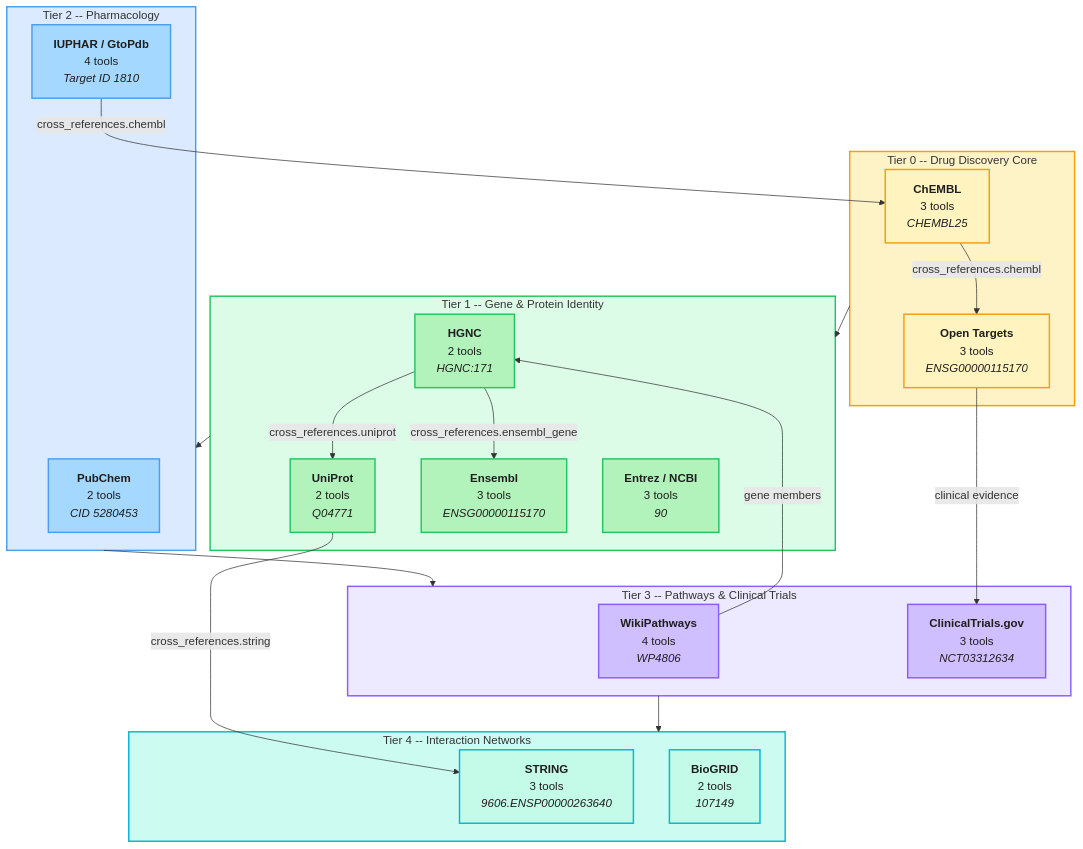
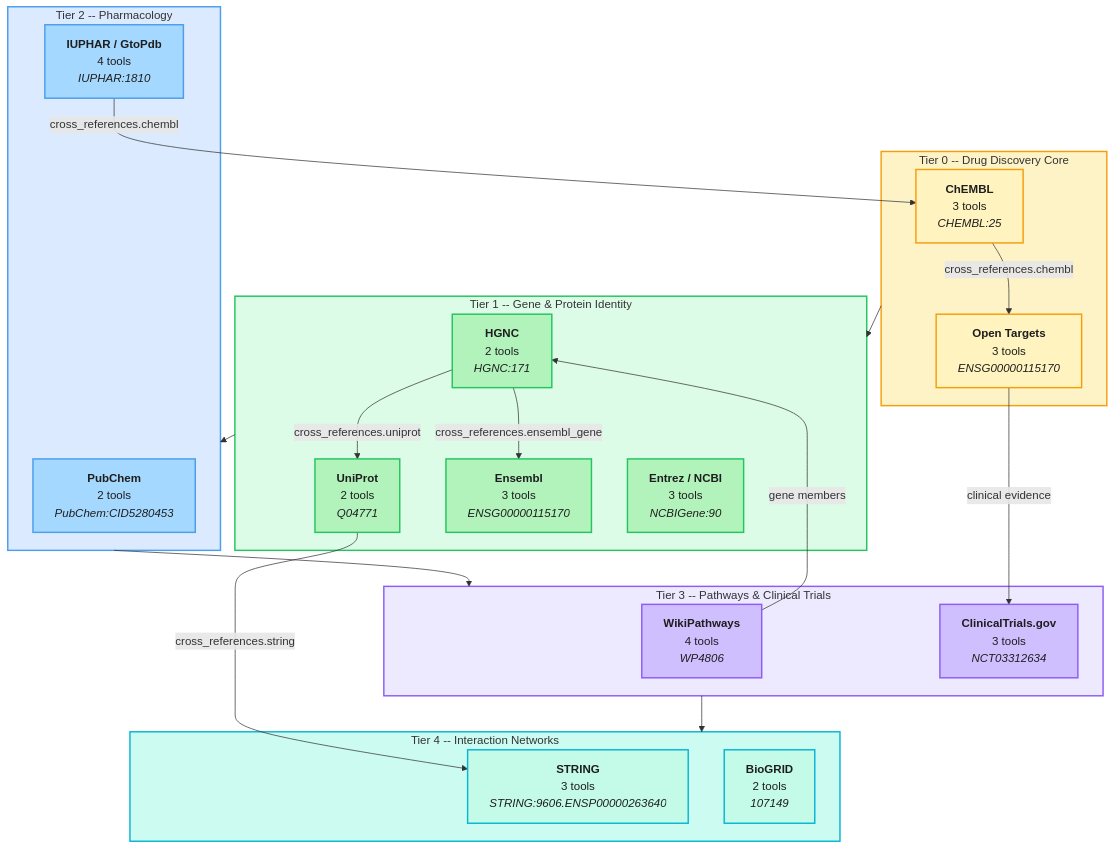
One commit to open-biosciences/biosciences-program changed the diagram in docs/diagrams/mcp-server-tiers.md. Above: the diagram before and after it, drawn with Mermaid. The commit also changed other lines of this file and 9 other files, not shown here.

First line of the commit message:
docs: update diagrams and add 3 new architectural diagrams

````diff
--- a/docs/diagrams/mcp-server-tiers.md
+++ b/docs/diagrams/mcp-server-tiers.md
@@ -8,59 +8,59 @@
 ```mermaid
 flowchart TD
     subgraph T0["Tier 0 -- Drug Discovery Core"]
         style T0 fill:#fef3c7,stroke:#f59e0b,stroke-width:2px
-        ChEMBL["<b>ChEMBL</b><br/>3 tools<br/><i>CHEMBL25</i>"]
+        ChEMBL["<b>ChEMBL</b><br/>3 tools<br/><i>CHEMBL:25</i>"]
         OT["<b>Open Targets</b><br/>3 tools<br/><i>ENSG00000115170</i>"]
     end
 
     subgraph T1["Tier 1 -- Gene & Protein Identity"]
         style T1 fill:#dcfce7,stroke:#22c55e,stroke-width:2px
         HGNC["<b>HGNC</b><br/>2 tools<br/><i>HGNC:171</i>"]
         UniProt["<b>UniProt</b><br/>2 tools<br/><i>Q04771</i>"]
         Ensembl["<b>Ensembl</b><br/>3 tools<br/><i>ENSG00000115170</i>"]
-        Entrez["<b>Entrez / NCBI</b><br/>3 tools<br/><i>90</i>"]
+        Entrez["<b>Entrez / NCBI</b><br/>3 tools<br/><i>NCBIGene:90</i>"]
     end
 
     subgraph T2["Tier 2 -- Pharmacology"]
         style T2 fill:#dbeafe,stroke:#4a9eed,stroke-width:2px
-        PubChem["<b>PubChem</b><br/>2 tools<br/><i>CID 5280453</i>"]
-        IUPHAR["<b>IUPHAR / GtoPdb</b><br/>4 tools<br/><i>Target ID 1810</i>"]
+        PubChem["<b>PubChem</b><br/>2 tools<br/><i>PubChem:CID5280453</i>"]
+        IUPHAR["<b>IUPHAR / GtoPdb</b><br/>4 tools<br/><i>IUPHAR:1810</i>"]
     end
 
     subgraph T3["Tier 3 -- Pathways & Clinical Trials"]
         style T3 fill:#ede9fe,stroke:#8b5cf6,stroke-width:2px
         WikiPW["<b>WikiPathways</b><br/>4 tools<br/><i>WP4806</i>"]
         CT["<b>ClinicalTrials.gov</b><br/>3 tools<br/><i>NCT03312634</i>"]
     end
 
     subgraph T4["Tier 4 -- Interaction Networks"]
         style T4 fill:#ccfbf1,stroke:#06b6d4,stroke-width:2px
-        STRING["<b>STRING</b><br/>3 tools<br/><i>9606.ENSP00000263640</i>"]
+        STRING["<b>STRING</b><br/>3 tools<br/><i>STRING:9606.ENSP00000263640</i>"]
         BioGRID["<b>BioGRID</b><br/>2 tools<br/><i>107149</i>"]
     end
 
     T0 --> T1
     T1 --> T2
     T2 --> T3
     T3 --> T4
 
     HGNC -- "cross_references.uniprot" --> UniProt
     HGNC -- "cross_references.ensembl_gene" --> Ensembl
     UniProt -- "cross_references.string" --> STRING
     ChEMBL -- "cross_references.chembl" --> OT
     OT -- "clinical evidence" --> CT
     WikiPW -- "gene members" --> HGNC
     IUPHAR -- "cross_references.chembl" --> ChEMBL
 
     classDef t0node fill:#fff3bf,stroke:#f59e0b,stroke-width:2px,color:#1e1e1e
     classDef t1node fill:#b2f2bb,stroke:#22c55e,stroke-width:2px,color:#1e1e1e
     classDef t2node fill:#a5d8ff,stroke:#4a9eed,stroke-width:2px,color:#1e1e1e
     classDef t3node fill:#d0bfff,stroke:#8b5cf6,stroke-width:2px,color:#1e1e1e
     classDef t4node fill:#c3fae8,stroke:#06b6d4,stroke-width:2px,color:#1e1e1e
 
     class ChEMBL,OT t0node
     class HGNC,UniProt,Ensembl,Entrez t1node
     class PubChem,IUPHAR t2node
     class WikiPW,CT t3node
     class STRING,BioGRID t4node
 ```
````
